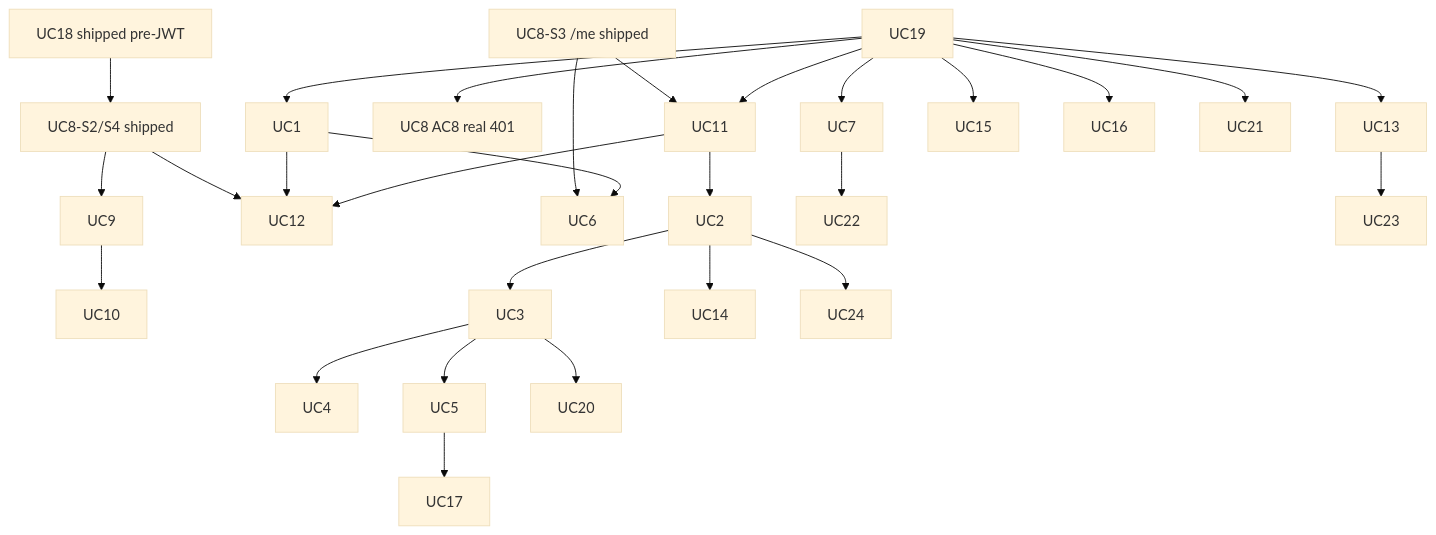
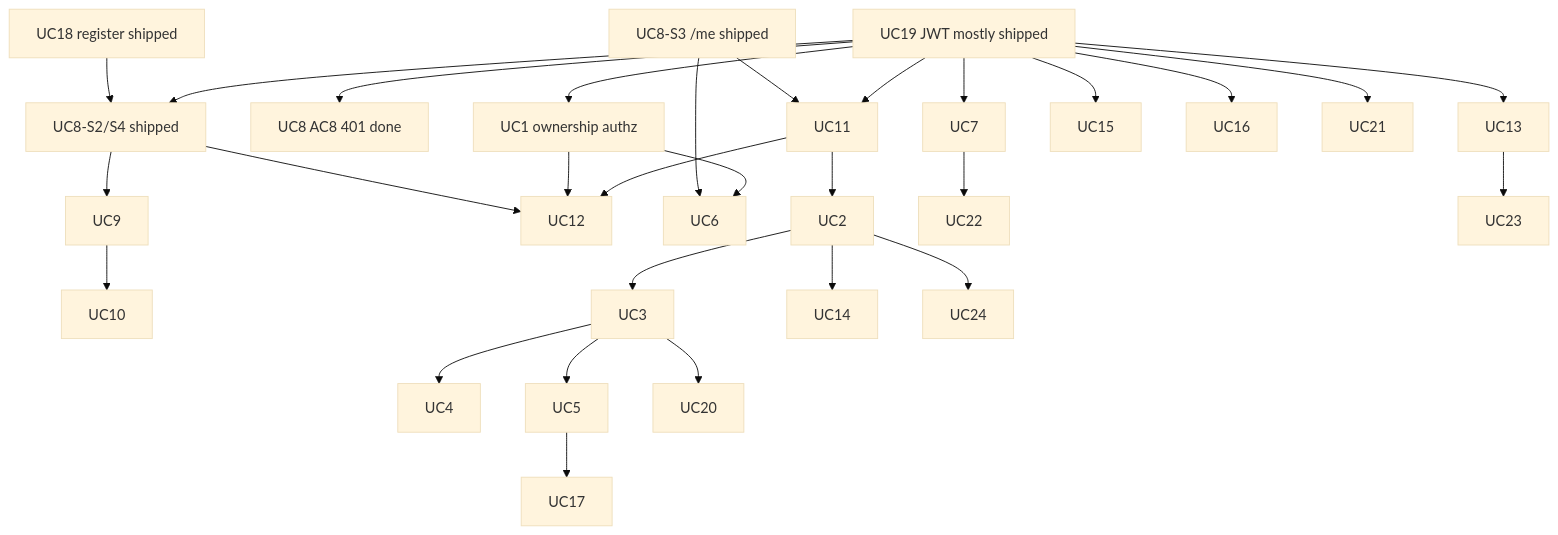
Before and after one commit to CanMakan-Team/CanMakan: the diagram in docs/sprint/sprint2-mvp-epics.md, drawn with Mermaid (base theme). The commit also changed other lines of this file and 1 other file, not shown here.

````diff
--- a/docs/sprint/sprint2-mvp-epics.md
+++ b/docs/sprint/sprint2-mvp-epics.md
@@ -58,30 +58,31 @@
 ```mermaid
 flowchart TB
-  UC18shipped[UC18 shipped pre-JWT] --> UC8create[UC8-S2/S4 shipped]
+  UC18shipped[UC18 register shipped] --> UC8create[UC8-S2/S4 shipped]
+  UC19shipped[UC19 JWT mostly shipped] --> UC8auth[UC8 AC8 401 done]
+  UC19shipped --> UC8create
   UC8me[UC8-S3 /me shipped] --> UC11
   UC8create --> UC9
   UC9 --> UC10
   UC8create --> UC12
   UC8me --> UC6
-  UC19 --> UC8auth[UC8 AC8 real 401]
-  UC19 --> UC11
+  UC19shipped --> UC11
   UC11 --> UC2
   UC2 --> UC3
   UC3 --> UC4
   UC3 --> UC5
   UC5 --> UC17
   UC2 --> UC14
   UC2 --> UC24
-  UC19 --> UC1
-  UC1 --> UC6
-  UC1 --> UC12
+  UC19shipped --> UC1authz[UC1 ownership authz]
+  UC1authz --> UC6
+  UC1authz --> UC12
   UC11 --> UC12
   UC7 --> UC22
   UC13 --> UC23
   UC3 --> UC20
-  UC19 --> UC7
-  UC19 --> UC13
-  UC19 --> UC15
-  UC19 --> UC16
-  UC19 --> UC21
+  UC19shipped --> UC7
+  UC19shipped --> UC13
+  UC19shipped --> UC15
+  UC19shipped --> UC16
+  UC19shipped --> UC21
 ```
````
